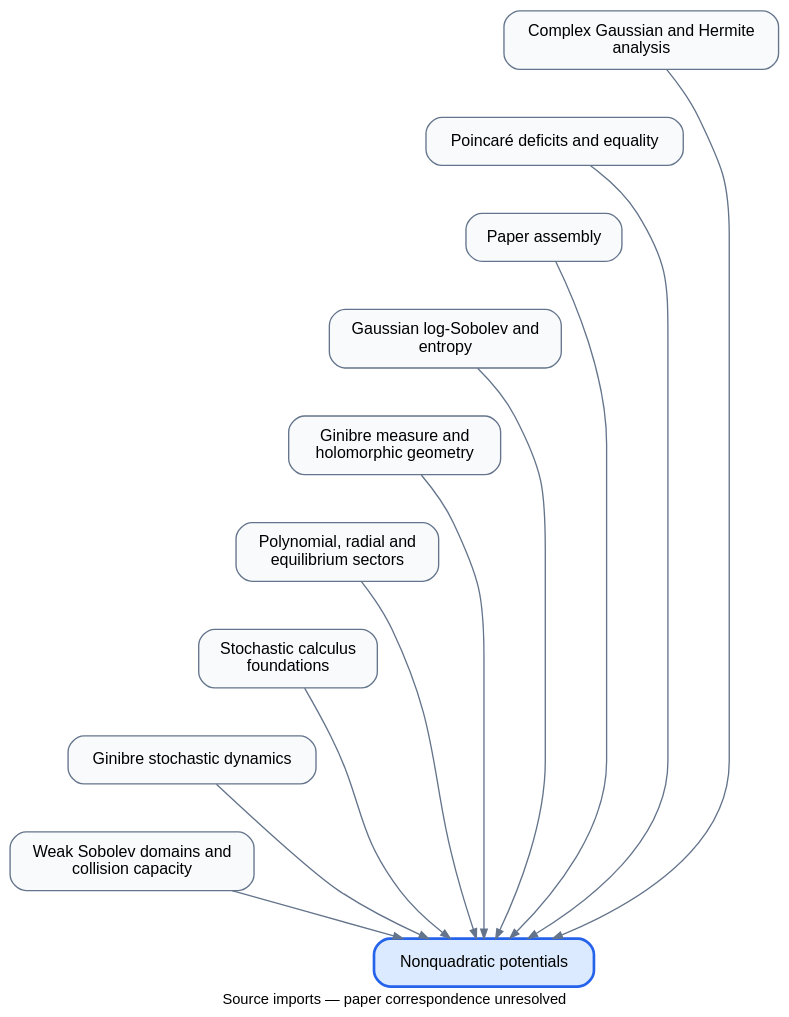
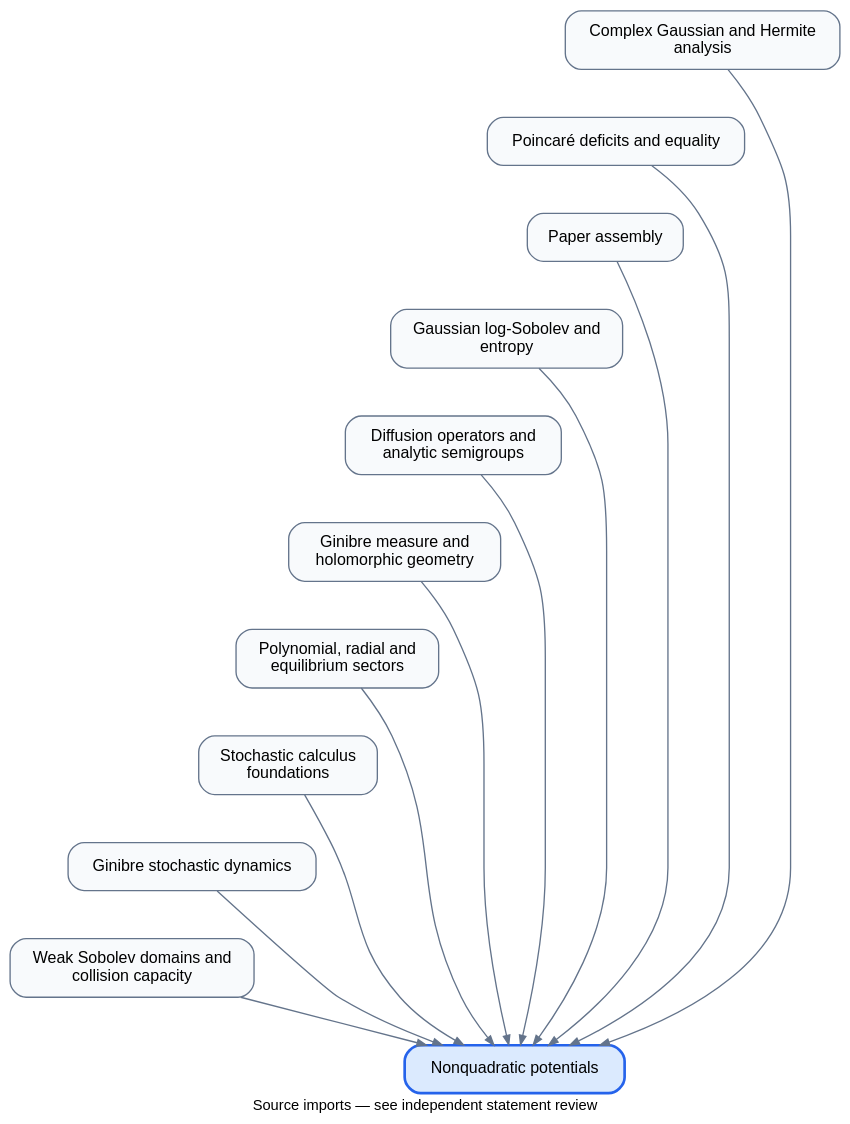
One commit to djalilchafai/ginibre-poincare changed the diagram in diagrams/NonQuadratic.dot. Above: the diagram before and after it, drawn with Graphviz. The commit also changed 418 other files, not shown here.

Commit message:
Complete paper correspondence bridges and refresh documentation

```diff
--- a/diagrams/NonQuadratic.dot
+++ b/diagrams/NonQuadratic.dot
@@ -1,33 +1,36 @@
 digraph dependencies {
 rankdir=TB;
-graph [bgcolor="transparent", pad="0.3", nodesep="0.3", label="Source imports — paper correspondence unresolved", labelloc=b, fontname="sans-serif", fontsize=11];
+graph [bgcolor="transparent", pad="0.3", nodesep="0.3", label="Source imports — see independent statement review", labelloc=b, fontname="sans-serif", fontsize=11];
 node [shape=box, style="rounded,filled", fillcolor="#f8fafc", color="#64748b", fontname="sans-serif", fontsize=12, margin="0.18,0.12"];
 edge [color="#64748b", arrowsize=0.7];
 ComplexGaussianHermite [label="Complex Gaussian and Hermite\nanalysis"];
 DeficitsEquality [label="Poincaré deficits and equality"];
 Endgame [label="Paper assembly"];
 GaussianLSI [label="Gaussian log-Sobolev and\nentropy"];
+GeneratorSemigroup [label="Diffusion operators and\nanalytic semigroups"];
 GinibreMeasureGeometry [label="Ginibre measure and\nholomorphic geometry"];
 PolynomialRadial [label="Polynomial, radial and\nequilibrium sectors"];
 StochasticCalculus [label="Stochastic calculus\nfoundations"];
 StochasticDynamics [label="Ginibre stochastic dynamics"];
 WeakSobolev [label="Weak Sobolev domains and\ncollision capacity"];
 NonQuadratic [label="Nonquadratic potentials", fillcolor="#dbeafe", color="#2563eb", penwidth=2];
 ComplexGaussianHermite -> NonQuadratic;
 DeficitsEquality -> NonQuadratic;
 Endgame -> NonQuadratic;
 GaussianLSI -> NonQuadratic;
+GeneratorSemigroup -> NonQuadratic;
 GinibreMeasureGeometry -> NonQuadratic;
 PolynomialRadial -> NonQuadratic;
 StochasticCalculus -> NonQuadratic;
 StochasticDynamics -> NonQuadratic;
 WeakSobolev -> NonQuadratic;
 ComplexGaussianHermite -> DeficitsEquality [style=invis];
 DeficitsEquality -> Endgame [style=invis];
 Endgame -> GaussianLSI [style=invis];
-GaussianLSI -> GinibreMeasureGeometry [style=invis];
+GaussianLSI -> GeneratorSemigroup [style=invis];
+GeneratorSemigroup -> GinibreMeasureGeometry [style=invis];
 GinibreMeasureGeometry -> PolynomialRadial [style=invis];
 PolynomialRadial -> StochasticCalculus [style=invis];
 StochasticCalculus -> StochasticDynamics [style=invis];
 StochasticDynamics -> WeakSobolev [style=invis];
 }
```
